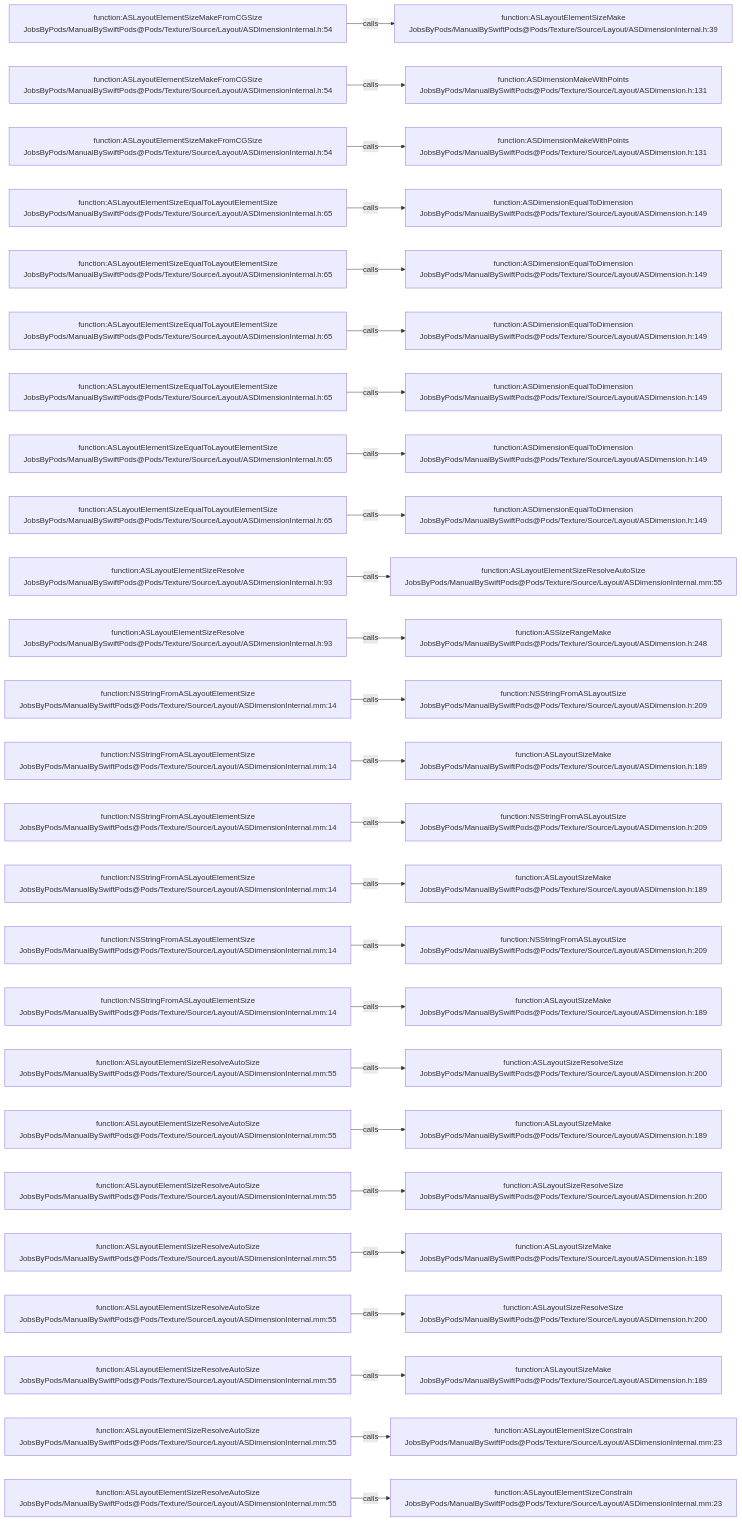
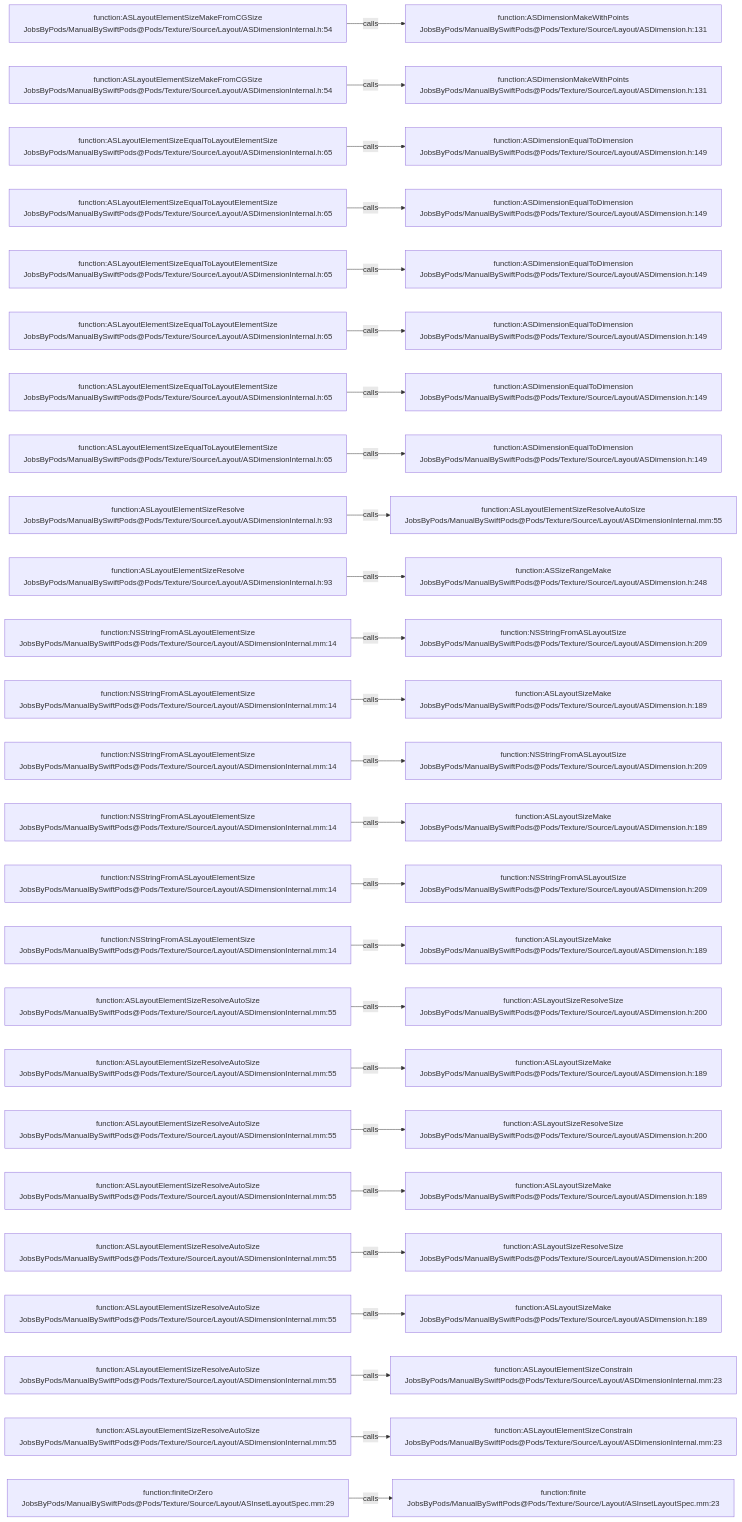
One commit to JobsKits/JobsSwiftBaseConfigDemo changed the diagram in .codegraph/codegraph.md/graphs/calls-107.md. Above: the diagram before and after it, drawn with Mermaid. The commit also changed 747 other files, not shown here.

````diff
--- a/.codegraph/codegraph.md/graphs/calls-107.md
+++ b/.codegraph/codegraph.md/graphs/calls-107.md
@@ -13,78 +13,78 @@
 ```mermaid
 flowchart LR
   S1["function:ASLayoutElementSizeMakeFromCGSize<br/>JobsByPods/ManualBySwiftPods@Pods/Texture/Source/Layout/ASDimensionInternal.h:54"]
-  T1["function:ASLayoutElementSizeMake<br/>JobsByPods/ManualBySwiftPods@Pods/Texture/Source/Layout/ASDimensionInternal.h:39"]
+  T1["function:ASDimensionMakeWithPoints<br/>JobsByPods/ManualBySwiftPods@Pods/Texture/Source/Layout/ASDimension.h:131"]
   S1 -->|calls| T1
   S2["function:ASLayoutElementSizeMakeFromCGSize<br/>JobsByPods/ManualBySwiftPods@Pods/Texture/Source/Layout/ASDimensionInternal.h:54"]
   T2["function:ASDimensionMakeWithPoints<br/>JobsByPods/ManualBySwiftPods@Pods/Texture/Source/Layout/ASDimension.h:131"]
   S2 -->|calls| T2
-  S3["function:ASLayoutElementSizeMakeFromCGSize<br/>JobsByPods/ManualBySwiftPods@Pods/Texture/Source/Layout/ASDimensionInternal.h:54"]
-  T3["function:ASDimensionMakeWithPoints<br/>JobsByPods/ManualBySwiftPods@Pods/Texture/Source/Layout/ASDimension.h:131"]
+  S3["function:ASLayoutElementSizeEqualToLayoutElementSize<br/>JobsByPods/ManualBySwiftPods@Pods/Texture/Source/Layout/ASDimensionInternal.h:65"]
+  T3["function:ASDimensionEqualToDimension<br/>JobsByPods/ManualBySwiftPods@Pods/Texture/Source/Layout/ASDimension.h:149"]
   S3 -->|calls| T3
   S4["function:ASLayoutElementSizeEqualToLayoutElementSize<br/>JobsByPods/ManualBySwiftPods@Pods/Texture/Source/Layout/ASDimensionInternal.h:65"]
   T4["function:ASDimensionEqualToDimension<br/>JobsByPods/ManualBySwiftPods@Pods/Texture/Source/Layout/ASDimension.h:149"]
   S4 -->|calls| T4
   S5["function:ASLayoutElementSizeEqualToLayoutElementSize<br/>JobsByPods/ManualBySwiftPods@Pods/Texture/Source/Layout/ASDimensionInternal.h:65"]
   T5["function:ASDimensionEqualToDimension<br/>JobsByPods/ManualBySwiftPods@Pods/Texture/Source/Layout/ASDimension.h:149"]
   S5 -->|calls| T5
   S6["function:ASLayoutElementSizeEqualToLayoutElementSize<br/>JobsByPods/ManualBySwiftPods@Pods/Texture/Source/Layout/ASDimensionInternal.h:65"]
   T6["function:ASDimensionEqualToDimension<br/>JobsByPods/ManualBySwiftPods@Pods/Texture/Source/Layout/ASDimension.h:149"]
   S6 -->|calls| T6
   S7["function:ASLayoutElementSizeEqualToLayoutElementSize<br/>JobsByPods/ManualBySwiftPods@Pods/Texture/Source/Layout/ASDimensionInternal.h:65"]
   T7["function:ASDimensionEqualToDimension<br/>JobsByPods/ManualBySwiftPods@Pods/Texture/Source/Layout/ASDimension.h:149"]
   S7 -->|calls| T7
   S8["function:ASLayoutElementSizeEqualToLayoutElementSize<br/>JobsByPods/ManualBySwiftPods@Pods/Texture/Source/Layout/ASDimensionInternal.h:65"]
   T8["function:ASDimensionEqualToDimension<br/>JobsByPods/ManualBySwiftPods@Pods/Texture/Source/Layout/ASDimension.h:149"]
   S8 -->|calls| T8
-  S9["function:ASLayoutElementSizeEqualToLayoutElementSize<br/>JobsByPods/ManualBySwiftPods@Pods/Texture/Source/Layout/ASDimensionInternal.h:65"]
-  T9["function:ASDimensionEqualToDimension<br/>JobsByPods/ManualBySwiftPods@Pods/Texture/Source/Layout/ASDimension.h:149"]
+  S9["function:ASLayoutElementSizeResolve<br/>JobsByPods/ManualBySwiftPods@Pods/Texture/Source/Layout/ASDimensionInternal.h:93"]
+  T9["function:ASLayoutElementSizeResolveAutoSize<br/>JobsByPods/ManualBySwiftPods@Pods/Texture/Source/Layout/ASDimensionInternal.mm:55"]
   S9 -->|calls| T9
   S10["function:ASLayoutElementSizeResolve<br/>JobsByPods/ManualBySwiftPods@Pods/Texture/Source/Layout/ASDimensionInternal.h:93"]
-  T10["function:ASLayoutElementSizeResolveAutoSize<br/>JobsByPods/ManualBySwiftPods@Pods/Texture/Source/Layout/ASDimensionInternal.mm:55"]
+  T10["function:ASSizeRangeMake<br/>JobsByPods/ManualBySwiftPods@Pods/Texture/Source/Layout/ASDimension.h:248"]
   S10 -->|calls| T10
-  S11["function:ASLayoutElementSizeResolve<br/>JobsByPods/ManualBySwiftPods@Pods/Texture/Source/Layout/ASDimensionInternal.h:93"]
-  T11["function:ASSizeRangeMake<br/>JobsByPods/ManualBySwiftPods@Pods/Texture/Source/Layout/ASDimension.h:248"]
+  S11["function:NSStringFromASLayoutElementSize<br/>JobsByPods/ManualBySwiftPods@Pods/Texture/Source/Layout/ASDimensionInternal.mm:14"]
+  T11["function:NSStringFromASLayoutSize<br/>JobsByPods/ManualBySwiftPods@Pods/Texture/Source/Layout/ASDimension.h:209"]
   S11 -->|calls| T11
   S12["function:NSStringFromASLayoutElementSize<br/>JobsByPods/ManualBySwiftPods@Pods/Texture/Source/Layout/ASDimensionInternal.mm:14"]
-  T12["function:NSStringFromASLayoutSize<br/>JobsByPods/ManualBySwiftPods@Pods/Texture/Source/Layout/ASDimension.h:209"]
+  T12["function:ASLayoutSizeMake<br/>JobsByPods/ManualBySwiftPods@Pods/Texture/Source/Layout/ASDimension.h:189"]
   S12 -->|calls| T12
   S13["function:NSStringFromASLayoutElementSize<br/>JobsByPods/ManualBySwiftPods@Pods/Texture/Source/Layout/ASDimensionInternal.mm:14"]
-  T13["function:ASLayoutSizeMake<br/>JobsByPods/ManualBySwiftPods@Pods/Texture/Source/Layout/ASDimension.h:189"]
+  T13["function:NSStringFromASLayoutSize<br/>JobsByPods/ManualBySwiftPods@Pods/Texture/Source/Layout/ASDimension.h:209"]
   S13 -->|calls| T13
   S14["function:NSStringFromASLayoutElementSize<br/>JobsByPods/ManualBySwiftPods@Pods/Texture/Source/Layout/ASDimensionInternal.mm:14"]
-  T14["function:NSStringFromASLayoutSize<br/>JobsByPods/ManualBySwiftPods@Pods/Texture/Source/Layout/ASDimension.h:209"]
+  T14["function:ASLayoutSizeMake<br/>JobsByPods/ManualBySwiftPods@Pods/Texture/Source/Layout/ASDimension.h:189"]
   S14 -->|calls| T14
   S15["function:NSStringFromASLayoutElementSize<br/>JobsByPods/ManualBySwiftPods@Pods/Texture/Source/Layout/ASDimensionInternal.mm:14"]
-  T15["function:ASLayoutSizeMake<br/>JobsByPods/ManualBySwiftPods@Pods/Texture/Source/Layout/ASDimension.h:189"]
+  T15["function:NSStringFromASLayoutSize<br/>JobsByPods/ManualBySwiftPods@Pods/Texture/Source/Layout/ASDimension.h:209"]
   S15 -->|calls| T15
   S16["function:NSStringFromASLayoutElementSize<br/>JobsByPods/ManualBySwiftPods@Pods/Texture/Source/Layout/ASDimensionInternal.mm:14"]
-  T16["function:NSStringFromASLayoutSize<br/>JobsByPods/ManualBySwiftPods@Pods/Texture/Source/Layout/ASDimension.h:209"]
+  T16["function:ASLayoutSizeMake<br/>JobsByPods/ManualBySwiftPods@Pods/Texture/Source/Layout/ASDimension.h:189"]
   S16 -->|calls| T16
-  S17["function:NSStringFromASLayoutElementSize<br/>JobsByPods/ManualBySwiftPods@Pods/Texture/Source/Layout/ASDimensionInternal.mm:14"]
-  T17["function:ASLayoutSizeMake<br/>JobsByPods/ManualBySwiftPods@Pods/Texture/Source/Layout/ASDimension.h:189"]
+  S17["function:ASLayoutElementSizeResolveAutoSize<br/>JobsByPods/ManualBySwiftPods@Pods/Texture/Source/Layout/ASDimensionInternal.mm:55"]
+  T17["function:ASLayoutSizeResolveSize<br/>JobsByPods/ManualBySwiftPods@Pods/Texture/Source/Layout/ASDimension.h:200"]
   S17 -->|calls| T17
   S18["function:ASLayoutElementSizeResolveAutoSize<br/>JobsByPods/ManualBySwiftPods@Pods/Texture/Source/Layout/ASDimensionInternal.mm:55"]
-  T18["function:ASLayoutSizeResolveSize<br/>JobsByPods/ManualBySwiftPods@Pods/Texture/Source/Layout/ASDimension.h:200"]
+  T18["function:ASLayoutSizeMake<br/>JobsByPods/ManualBySwiftPods@Pods/Texture/Source/Layout/ASDimension.h:189"]
   S18 -->|calls| T18
   S19["function:ASLayoutElementSizeResolveAutoSize<br/>JobsByPods/ManualBySwiftPods@Pods/Texture/Source/Layout/ASDimensionInternal.mm:55"]
-  T19["function:ASLayoutSizeMake<br/>JobsByPods/ManualBySwiftPods@Pods/Texture/Source/Layout/ASDimension.h:189"]
+  T19["function:ASLayoutSizeResolveSize<br/>JobsByPods/ManualBySwiftPods@Pods/Texture/Source/Layout/ASDimension.h:200"]
   S19 -->|calls| T19
   S20["function:ASLayoutElementSizeResolveAutoSize<br/>JobsByPods/ManualBySwiftPods@Pods/Texture/Source/Layout/ASDimensionInternal.mm:55"]
-  T20["function:ASLayoutSizeResolveSize<br/>JobsByPods/ManualBySwiftPods@Pods/Texture/Source/Layout/ASDimension.h:200"]
+  T20["function:ASLayoutSizeMake<br/>JobsByPods/ManualBySwiftPods@Pods/Texture/Source/Layout/ASDimension.h:189"]
   S20 -->|calls| T20
   S21["function:ASLayoutElementSizeResolveAutoSize<br/>JobsByPods/ManualBySwiftPods@Pods/Texture/Source/Layout/ASDimensionInternal.mm:55"]
-  T21["function:ASLayoutSizeMake<br/>JobsByPods/ManualBySwiftPods@Pods/Texture/Source/Layout/ASDimension.h:189"]
+  T21["function:ASLayoutSizeResolveSize<br/>JobsByPods/ManualBySwiftPods@Pods/Texture/Source/Layout/ASDimension.h:200"]
   S21 -->|calls| T21
   S22["function:ASLayoutElementSizeResolveAutoSize<br/>JobsByPods/ManualBySwiftPods@Pods/Texture/Source/Layout/ASDimensionInternal.mm:55"]
-  T22["function:ASLayoutSizeResolveSize<br/>JobsByPods/ManualBySwiftPods@Pods/Texture/Source/Layout/ASDimension.h:200"]
+  T22["function:ASLayoutSizeMake<br/>JobsByPods/ManualBySwiftPods@Pods/Texture/Source/Layout/ASDimension.h:189"]
   S22 -->|calls| T22
   S23["function:ASLayoutElementSizeResolveAutoSize<br/>JobsByPods/ManualBySwiftPods@Pods/Texture/Source/Layout/ASDimensionInternal.mm:55"]
-  T23["function:ASLayoutSizeMake<br/>JobsByPods/ManualBySwiftPods@Pods/Texture/Source/Layout/ASDimension.h:189"]
+  T23["function:ASLayoutElementSizeConstrain<br/>JobsByPods/ManualBySwiftPods@Pods/Texture/Source/Layout/ASDimensionInternal.mm:23"]
   S23 -->|calls| T23
   S24["function:ASLayoutElementSizeResolveAutoSize<br/>JobsByPods/ManualBySwiftPods@Pods/Texture/Source/Layout/ASDimensionInternal.mm:55"]
   T24["function:ASLayoutElementSizeConstrain<br/>JobsByPods/ManualBySwiftPods@Pods/Texture/Source/Layout/ASDimensionInternal.mm:23"]
   S24 -->|calls| T24
-  S25["function:ASLayoutElementSizeResolveAutoSize<br/>JobsByPods/ManualBySwiftPods@Pods/Texture/Source/Layout/ASDimensionInternal.mm:55"]
-  T25["function:ASLayoutElementSizeConstrain<br/>JobsByPods/ManualBySwiftPods@Pods/Texture/Source/Layout/ASDimensionInternal.mm:23"]
+  S25["function:finiteOrZero<br/>JobsByPods/ManualBySwiftPods@Pods/Texture/Source/Layout/ASInsetLayoutSpec.mm:29"]
+  T25["function:finite<br/>JobsByPods/ManualBySwiftPods@Pods/Texture/Source/Layout/ASInsetLayoutSpec.mm:23"]
   S25 -->|calls| T25
 ```
````
